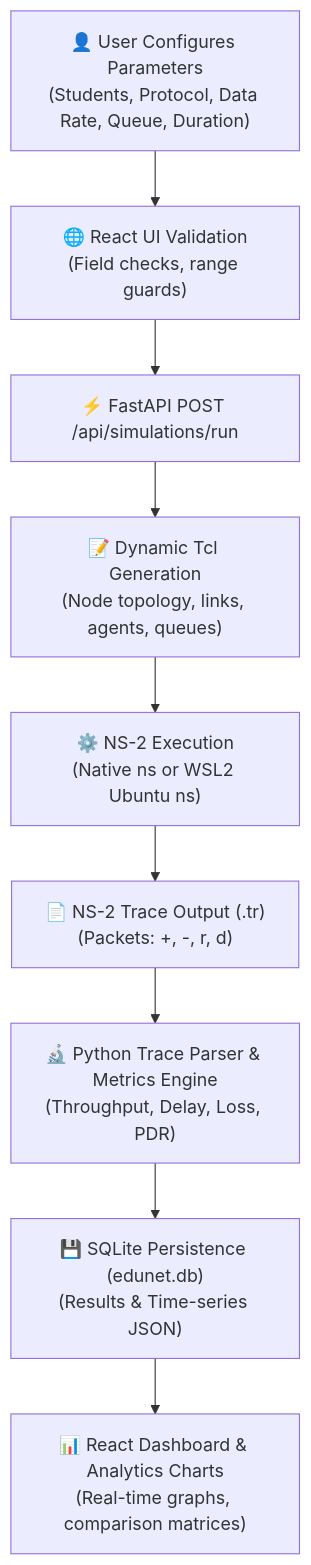
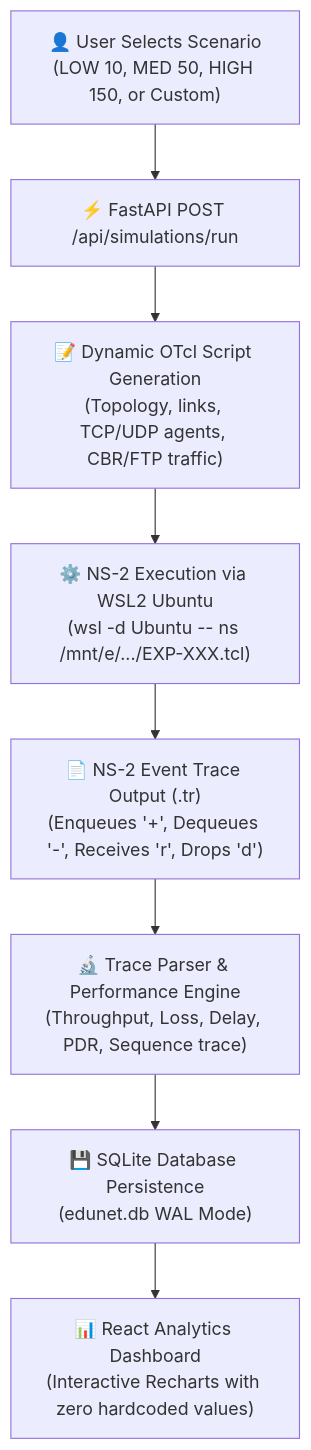
One commit to Devarajb049/EduNet-Analyzer changed the diagram in README.md. Above: the diagram before and after it, drawn with Mermaid. The commit also changed other lines of this file and 21 other files, not shown here.

````diff
--- a/README.md
+++ b/README.md
@@ -57,11 +69,10 @@
 ```mermaid
 flowchart TD
-    A["👤 User Configures Parameters<br/>(Students, Protocol, Data Rate, Queue, Duration)"] --> B["🌐 React UI Validation<br/>(Field checks, range guards)"]
-    B --> C["⚡ FastAPI POST /api/simulations/run"]
-    C --> D["📝 Dynamic Tcl Generation<br/>(Node topology, links, agents, queues)"]
-    D --> E["⚙️ NS-2 Execution<br/>(Native ns or WSL2 Ubuntu ns)"]
-    E --> F["📄 NS-2 Trace Output (.tr)<br/>(Packets: +, -, r, d)"]
-    F --> G["🔬 Python Trace Parser & Metrics Engine<br/>(Throughput, Delay, Loss, PDR)"]
-    G --> H["💾 SQLite Persistence (edunet.db)<br/>(Results & Time-series JSON)"]
-    H --> I["📊 React Dashboard & Analytics Charts<br/>(Real-time graphs, comparison matrices)"]
+    A["👤 User Selects Scenario<br/>(LOW 10, MED 50, HIGH 150, or Custom)"] --> B["⚡ FastAPI POST /api/simulations/run"]
+    B --> C["📝 Dynamic OTcl Script Generation<br/>(Topology, links, TCP/UDP agents, CBR/FTP traffic)"]
+    C --> D["⚙️ NS-2 Execution via WSL2 Ubuntu<br/>(wsl -d Ubuntu -- ns /mnt/e/.../EXP-XXX.tcl)"]
+    D --> E["📄 NS-2 Event Trace Output (.tr)<br/>(Enqueues '+', Dequeues '-', Receives 'r', Drops 'd')"]
+    E --> F["🔬 Trace Parser & Performance Engine<br/>(Throughput, Loss, Delay, PDR, Sequence trace)"]
+    F --> G["💾 SQLite Database Persistence<br/>(edunet.db WAL Mode)"]
+    G --> H["📊 React Analytics Dashboard<br/>(Interactive Recharts with zero hardcoded values)"]
 ```
````
